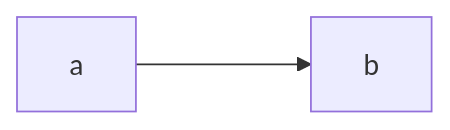
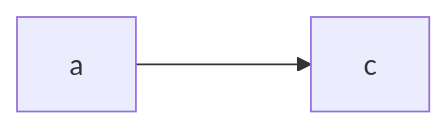
Before and after one commit to crazylddddd/NOTE: the diagram in test.md, drawn with Mermaid.

Commit message:
change test

````diff
--- a/test.md
+++ b/test.md
@@ -3,4 +3,4 @@
 ```mermaid
 flowchart LR
-    a ---> b  
+    a ---> c 
 ```
````
